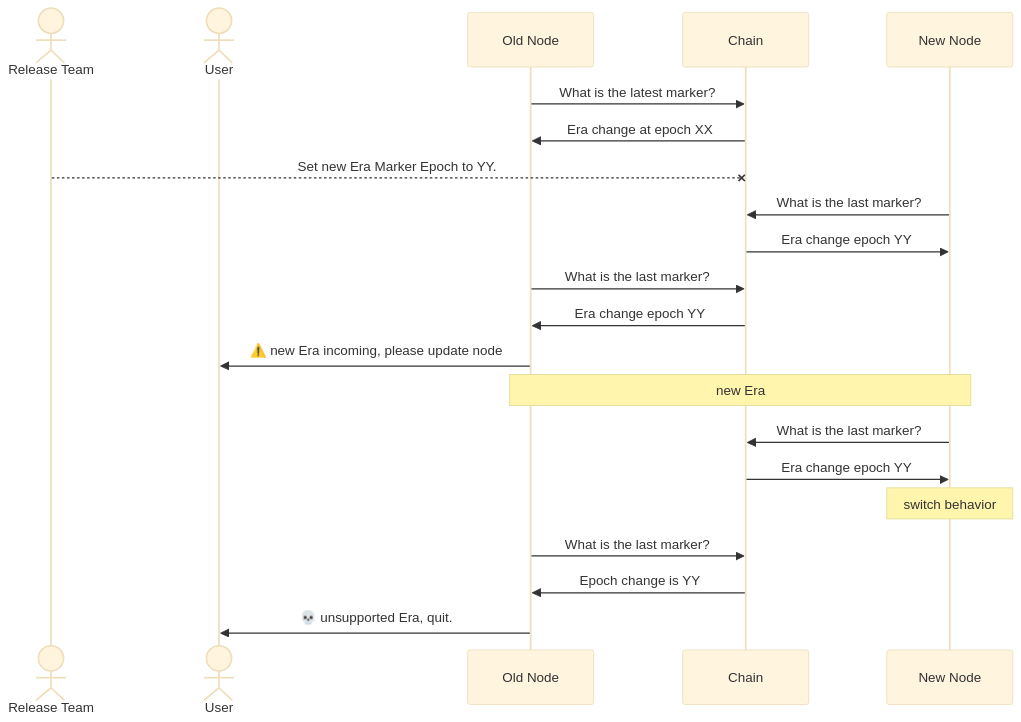
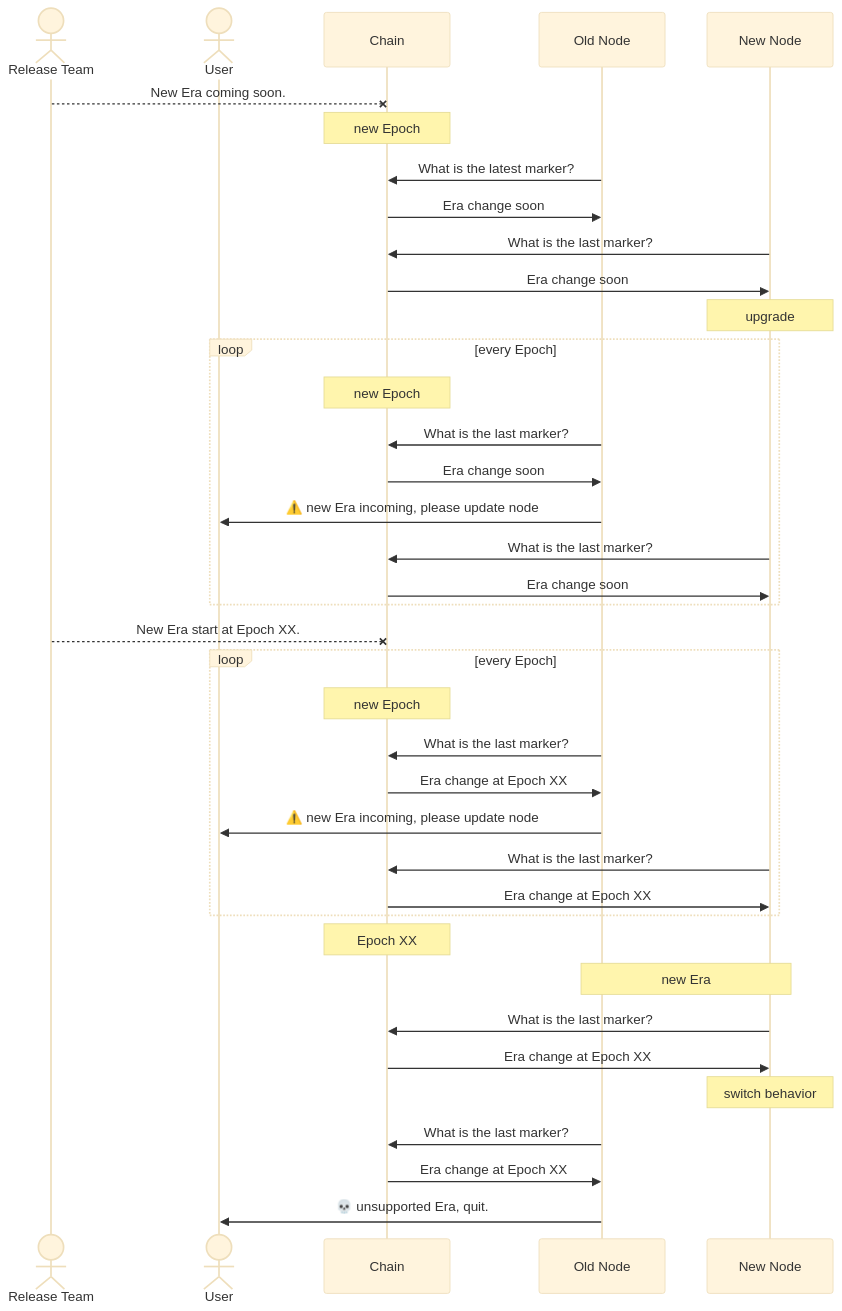
The diagram in docs/adr/004-mithril-network-update-strategy.md (input-output-hk/mithril), drawn with Mermaid (base theme) before and after one commit. The commit also changed other lines of this file, not shown here.

Commit message:
add pre switch tag

````diff
--- a/docs/adr/004-mithril-network-update-strategy.md
+++ b/docs/adr/004-mithril-network-update-strategy.md
@@ -53,20 +57,37 @@
 ```mermaid
 sequenceDiagram
     actor Release Team
     actor User
+    Release Team--xChain: New Era coming soon.
+    Note over Chain: new Epoch
     Old Node->>Chain: What is the latest marker?
-    Chain->>Old Node: Era change at epoch XX
-    Release Team--xChain: Set new Era Marker Epoch to YY.
+    Chain->>Old Node: Era change soon
     New Node->>Chain: What is the last marker?
-    Chain->>New Node: Era change epoch YY
-    Old Node->>Chain: What is the last marker?
-    Chain->>Old Node: Era change epoch YY
-    Old Node->>User: ⚠️ new Era incoming, please update node
+    Chain->>New Node: Era change soon
+    Note over New Node: upgrade
+    Loop every Epoch
+        Note over Chain: new Epoch
+        Old Node->>Chain: What is the last marker?
+        Chain->>Old Node: Era change soon
+        Old Node->>User: ⚠️ new Era incoming, please update node
+        New Node->>Chain: What is the last marker?
+        Chain->>New Node: Era change soon
+    end
+    Release Team--xChain: New Era start at Epoch XX.
+    Loop every Epoch
+        Note over Chain: new Epoch
+        Old Node->>Chain: What is the last marker?
+        Chain->>Old Node: Era change at Epoch XX
+        Old Node->>User: ⚠️ new Era incoming, please update node
+        New Node->>Chain: What is the last marker?
+        Chain->>New Node: Era change at Epoch XX
+    end
+    Note over Chain: Epoch XX
     Note over Old Node,New Node: new Era
     New Node->>Chain: What is the last marker?
-    Chain->>New Node: Era change epoch YY
+    Chain->>New Node: Era change at Epoch XX
     Note over New Node: switch behavior
     Old Node->>Chain: What is the last marker?
-    Chain->>Old Node: Epoch change is YY
+    Chain->>Old Node: Era change at Epoch XX
     Old Node->>User: 💀 unsupported Era, quit.
 ```
````
